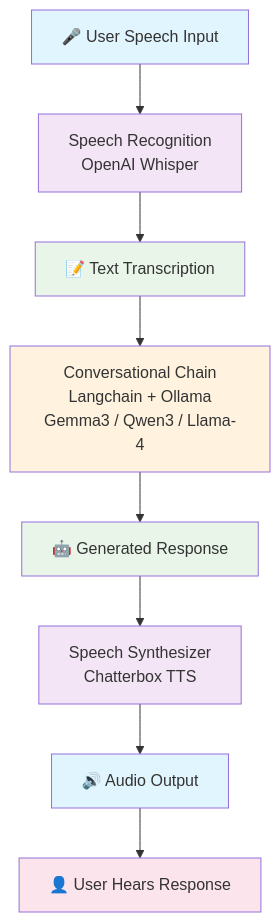
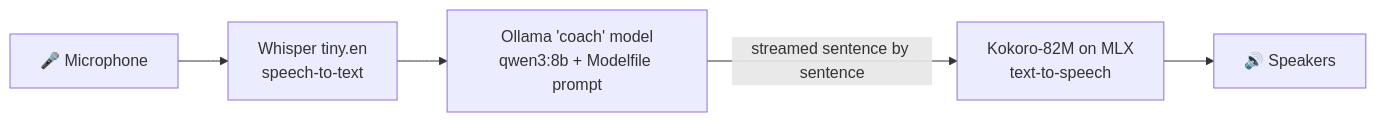
The diagram in README.md (CrookedGrin/local-coach), drawn with Mermaid before and after one commit. The commit also changed other lines of this file and 10 other files, not shown here.

````diff
--- a/README.md
+++ b/README.md
@@ -42,19 +9,7 @@
 ```mermaid
-flowchart TD
-    A[🎤 User Speech Input] --> B[Speech Recognition<br/>OpenAI Whisper]
-    B --> C[📝 Text Transcription]
-    C --> D[Conversational Chain<br/>Langchain + Ollama<br/>Gemma3 / Qwen3 / Llama-4]
-    D --> E[🤖 Generated Response]
-    E --> F[Speech Synthesizer<br/>Chatterbox TTS]
-    F --> G[🔊 Audio Output]
-    G --> H[👤 User Hears Response]
-
-    style A fill:#e1f5fe
-    style B fill:#f3e5f5
-    style C fill:#e8f5e8
-    style D fill:#fff3e0
-    style E fill:#e8f5e8
-    style F fill:#f3e5f5
-    style G fill:#e1f5fe
-    style H fill:#fce4ec
+flowchart LR
+    A[🎤 Microphone] --> B[Whisper tiny.en<br/>speech-to-text]
+    B --> C[Ollama 'coach' model<br/>qwen3:8b + Modelfile prompt]
+    C -->|streamed sentence by sentence| D[Kokoro-82M on MLX<br/>text-to-speech]
+    D --> E[🔊 Speakers]
 ```
````
